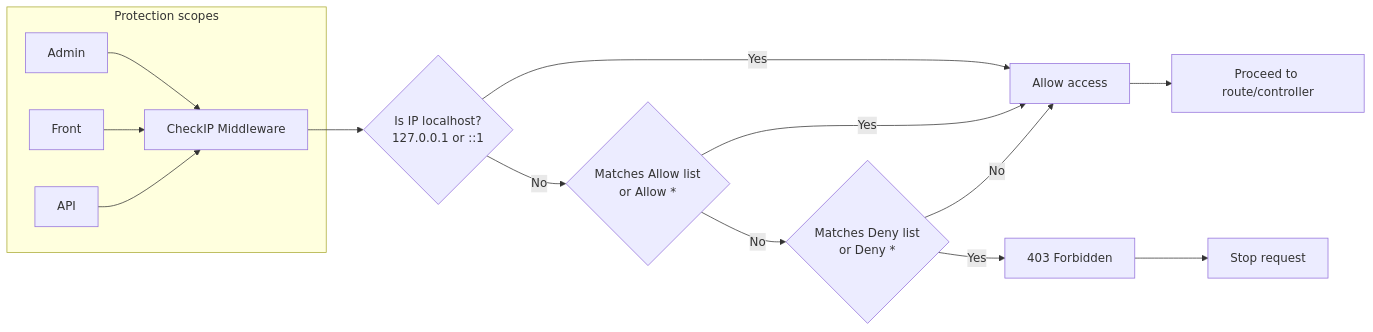
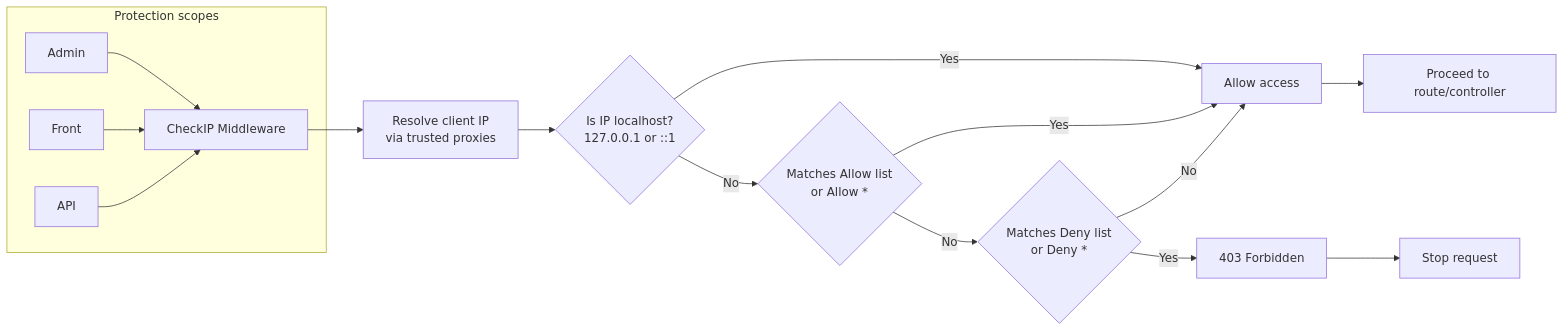
Before and after one commit to gp247net/CheckIP: the diagram in readme.md, drawn with Mermaid. The commit also changed other lines of this file and 8 other files, not shown here.

````diff
--- a/readme.md
+++ b/readme.md
@@ -26,19 +47,20 @@
 ```mermaid
 flowchart LR
     subgraph Contexts[Protection scopes]
         A[Admin] --> M
         B[Front] --> M
         C[API] --> M
     end
 
-    M[CheckIP Middleware] --> D1{Is IP localhost?<br/>127.0.0.1 or ::1}
+    M[CheckIP Middleware] --> R[Resolve client IP<br/>via trusted proxies]
+    R --> D1{Is IP localhost?<br/>127.0.0.1 or ::1}
     D1 -- Yes --> ALLOW[Allow access]
     D1 -- No --> D2{Matches Allow list<br/>or Allow *}
     D2 -- Yes --> ALLOW
     D2 -- No --> D3{Matches Deny list<br/>or Deny *}
     D3 -- Yes --> DENY[403 Forbidden]
     D3 -- No --> ALLOW
 
     ALLOW --> NEXT[Proceed to route/controller]
     DENY --> STOP[Stop request]
 ```
````
